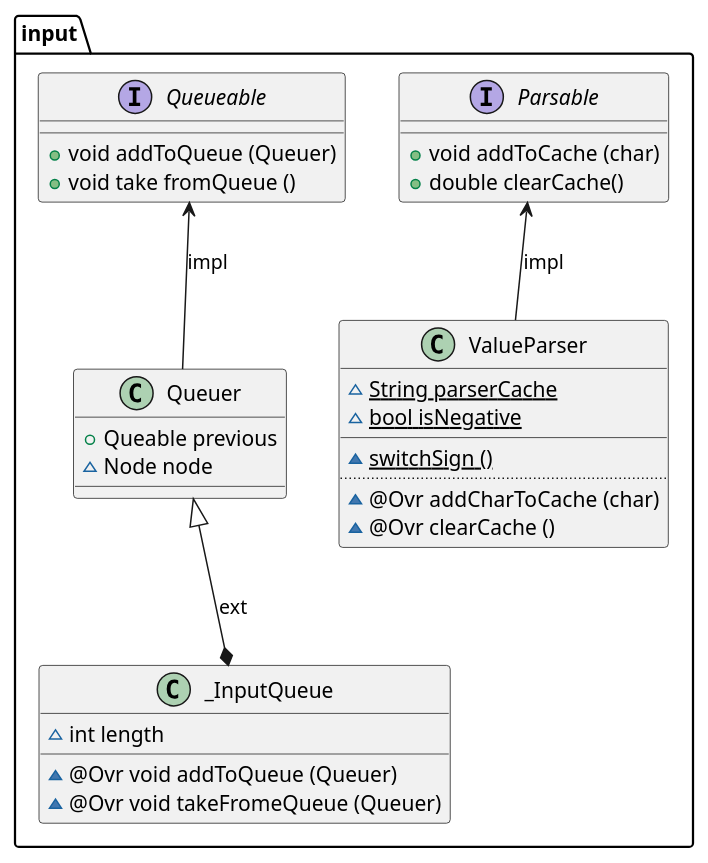
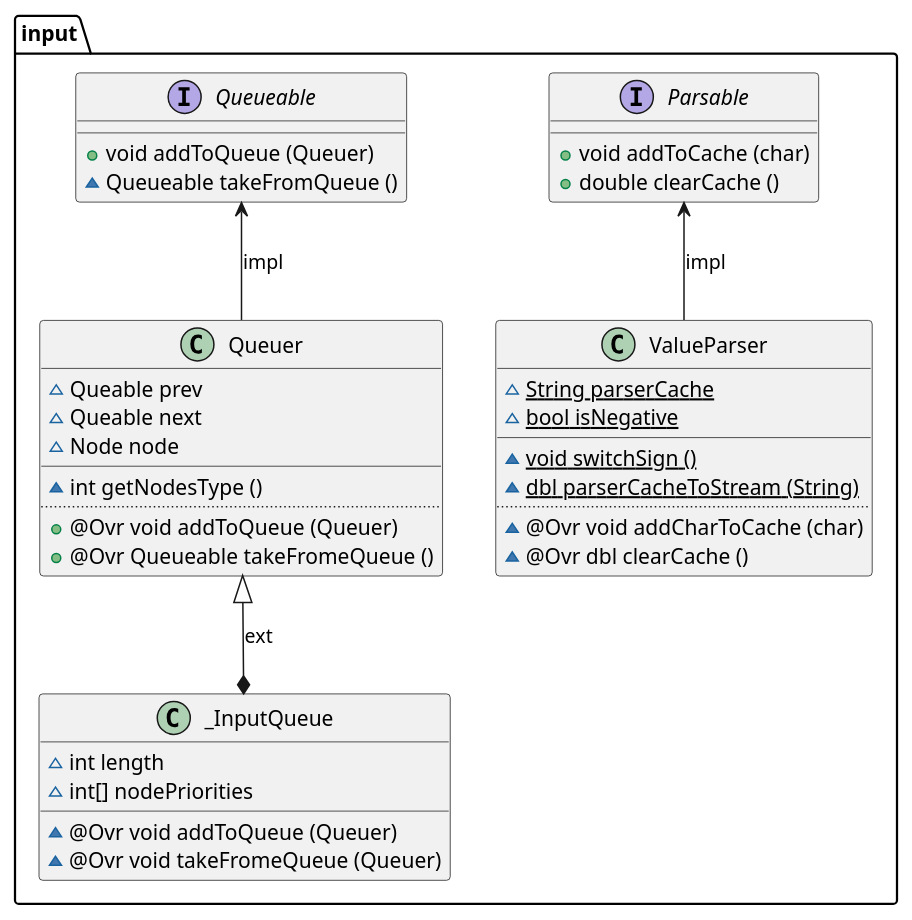
The diagram in src/main/resources/package_input_structure.puml (vitalispopoff/calculator), drawn with PlantUML before and after one commit. The commit also changed 23 other files, not shown here.

```diff
--- a/src/main/resources/package_input_structure.puml
+++ b/src/main/resources/package_input_structure.puml
@@ -1,41 +1,49 @@
 @startuml
 
 package input{
 
     interface Parsable{
-            +{method} void addToCache (char)
-            +{method} double clearCache()
+            + {method} void addToCache (char)
+            + {method} double clearCache ()
     }
 
     class ValueParser{
-            ~{field}{static} String parserCache
-            ~{field}{static} bool isNegative
-            __
-            ~{method}{static}switchSign ()
-            ..
-            ~{method} @Ovr addCharToCache (char)
-            ~{method} @Ovr clearCache ()
+            ~ {field} {static} String parserCache
+            ~ {field} {static} bool isNegative
+        __
+            ~ {method} {static} void switchSign ()
+            ~ {method} {static} dbl parserCacheToStream (String)
+        ..
+            ~ {method} @Ovr void addCharToCache (char)
+            ~ {method} @Ovr dbl clearCache ()
     }
 
     interface Queueable{
-            +{method} void addToQueue (Queuer)
-            +{method} void take fromQueue ()
+            + {method} void addToQueue (Queuer)
+            ~ {method} Queueable takeFromQueue ()
     }
 
     class _InputQueue{
-            ~{field} int length
-            __
-            ~{method} @Ovr void addToQueue (Queuer)
-            ~{method} @Ovr void takeFromeQueue (Queuer)
+            ~ {field} int length
+            ~ {field} int[] nodePriorities
+        __
+            ~ {method} @Ovr void addToQueue (Queuer)
+            ~ {method} @Ovr void takeFromeQueue (Queuer)
     }
 
     class Queuer{
-            +{field} Queable previous
-            ~{field} Node node
+            ~ {field} Queable prev
+            ~ {field} Queable next
+            ~ {field} Node node
+        __
+            ~ {method} int getNodesType ()
+        ..
+            + {method} @Ovr void addToQueue (Queuer)
+            + {method} @Ovr Queueable takeFromeQueue ()
     }
 
     Parsable        <--     ValueParser     : impl
-    Queuer          <|--*    _InputQueue     : ext
+    Queuer          <|--*   _InputQueue     : ext
     Queueable       <--     Queuer          : impl
 
 @enduml
```
